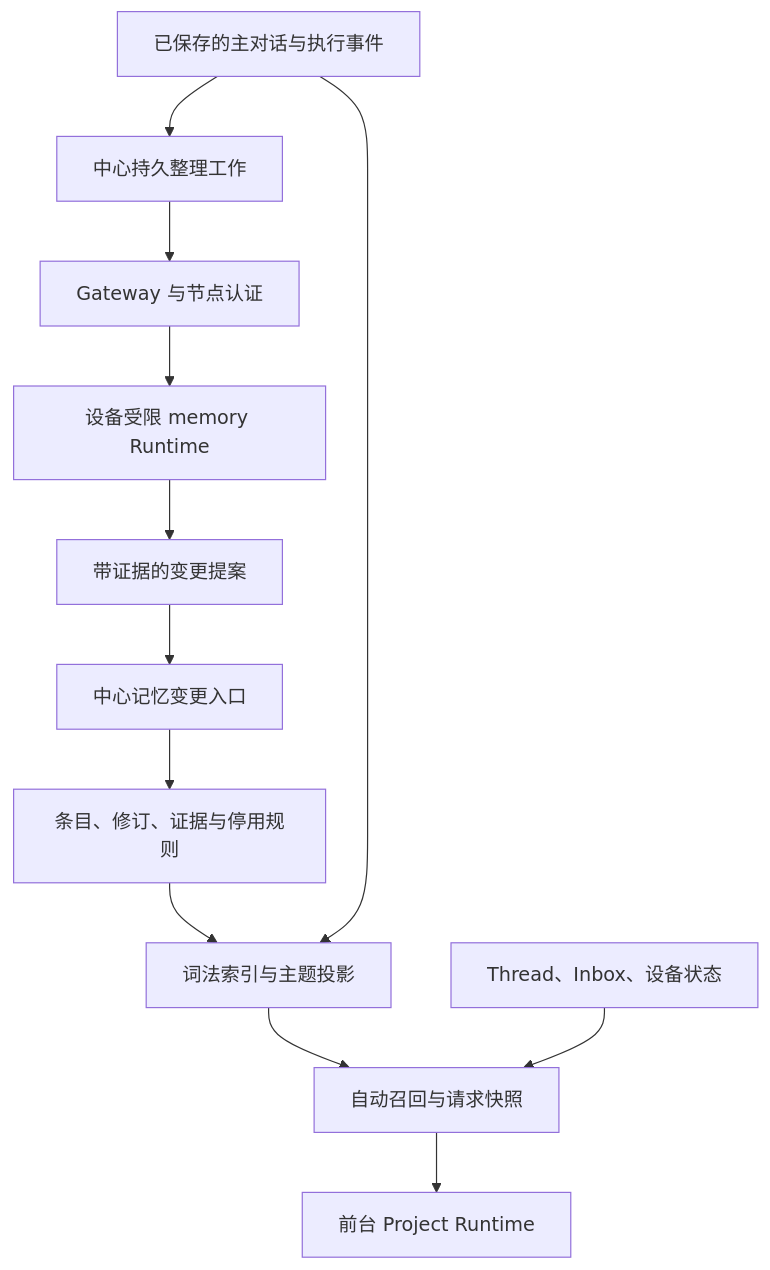
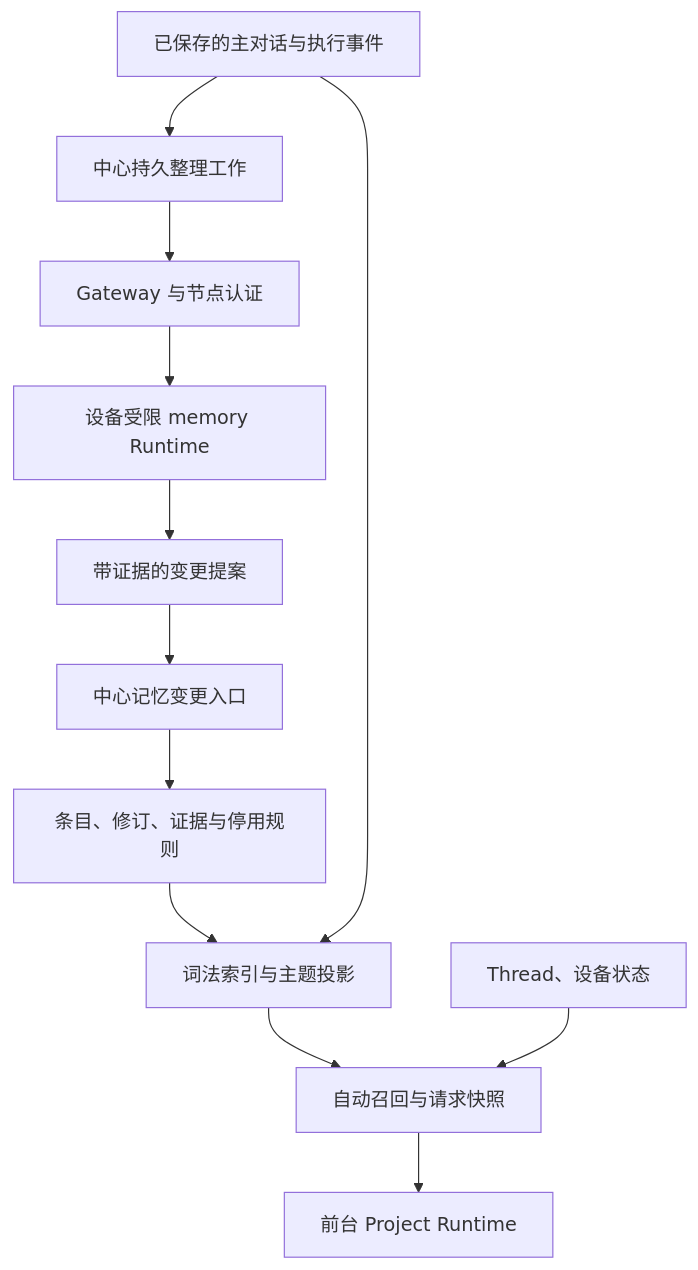
Before and after one commit to hhubb22/baton: the diagram in specs/project-memory/TECH.md, drawn with Mermaid. The commit also changed other lines of this file and 107 other files, not shown here.

````diff
--- a/specs/project-memory/TECH.md
+++ b/specs/project-memory/TECH.md
@@ -25,14 +25,14 @@
 ```mermaid
 flowchart TD
     E[已保存的主对话与执行事件] --> J[中心持久整理工作]
     J --> G[Gateway 与节点认证]
     G --> W[设备受限 memory Runtime]
     W --> P[带证据的变更提案]
     P --> M[中心记忆变更入口]
     M --> I[条目、修订、证据与停用规则]
     I --> X[词法索引与主题投影]
     X --> C[自动召回与请求快照]
     E --> X
-    S[Thread、Inbox、设备状态] --> C
+    S[Thread、设备状态] --> C
     C --> R[前台 Project Runtime]
 ```
````
